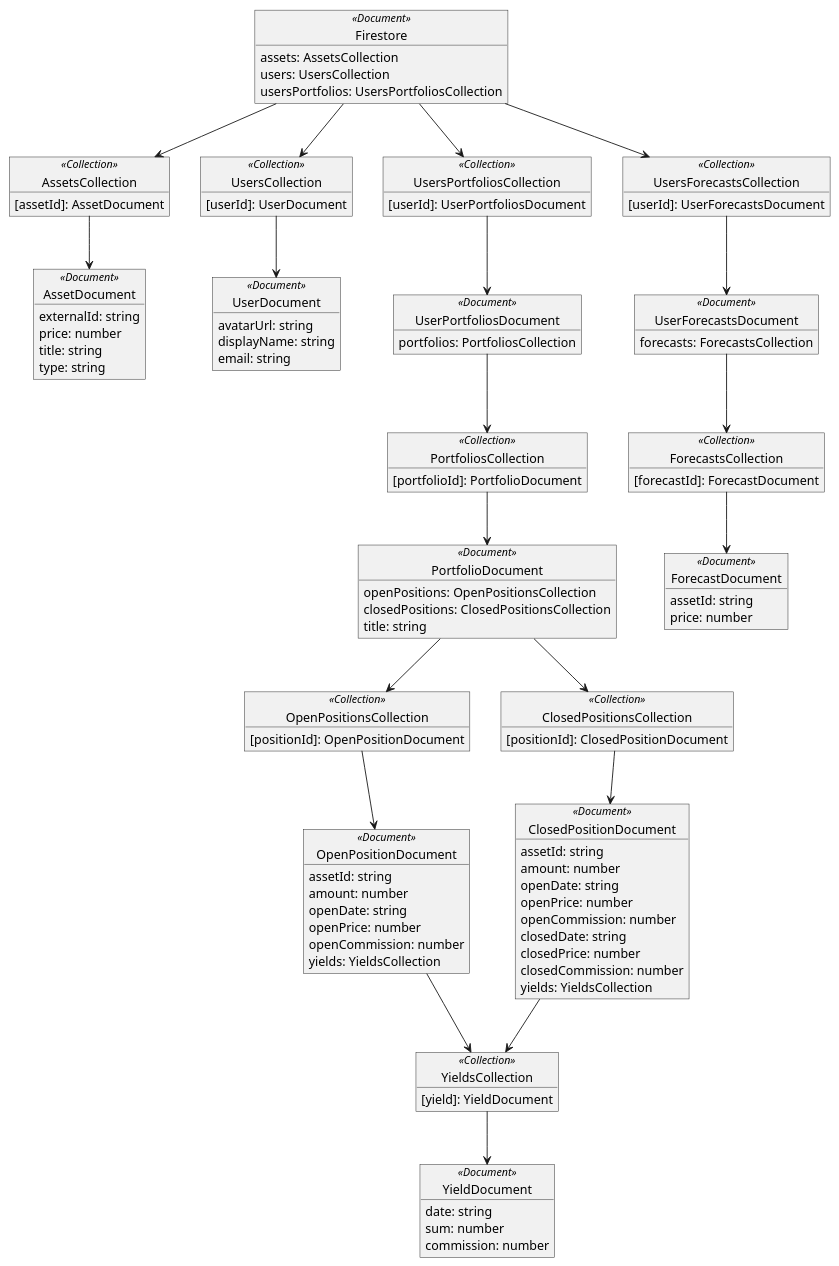
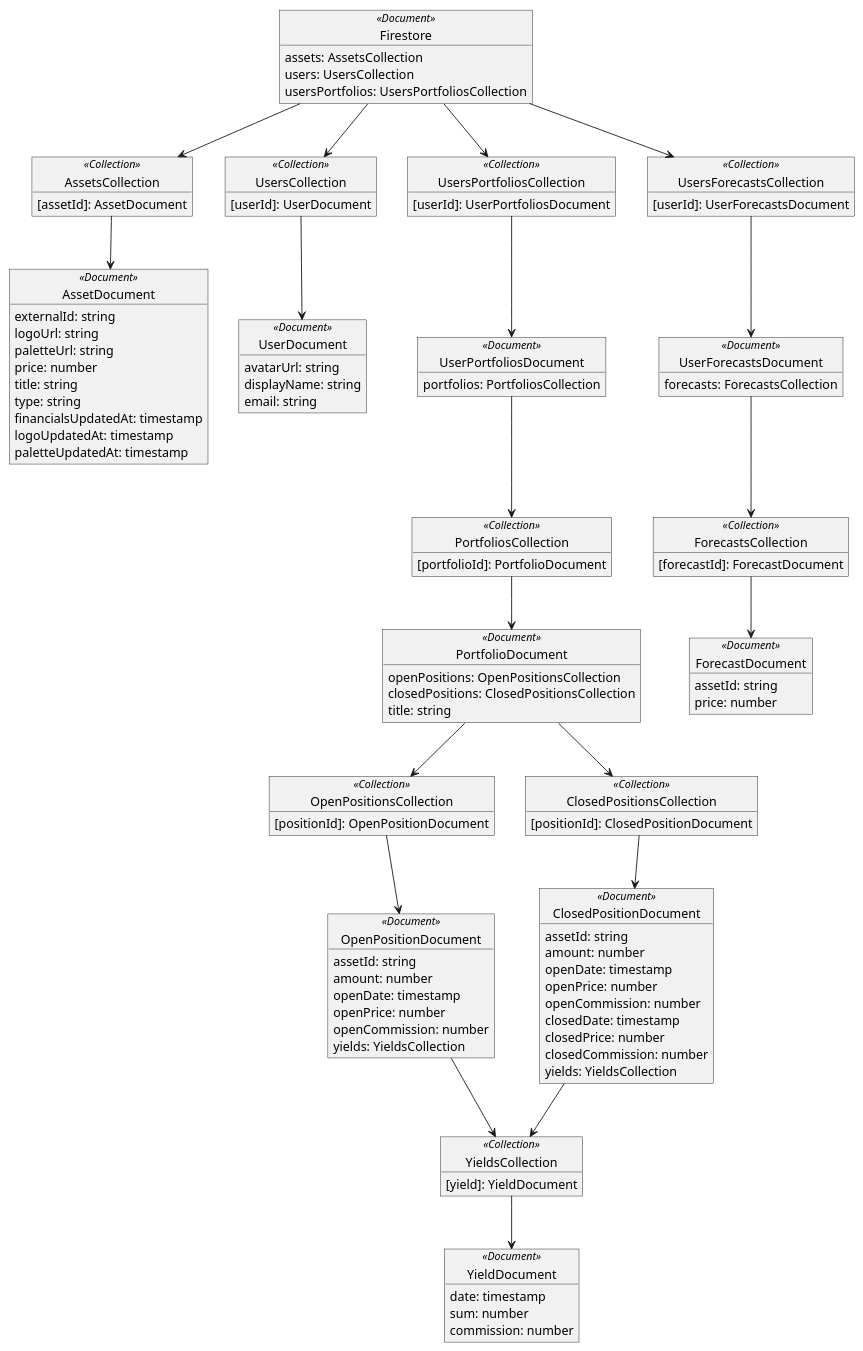
Before and after one commit to loginov-rocks/Portfolio: the diagram in docs/diagrams/Firestore.puml, drawn with PlantUML. The commit also changed 11 other files, not shown here.

Commit message:
Docs: update Update * Sequence

```diff
--- a/docs/diagrams/Firestore.puml
+++ b/docs/diagrams/Firestore.puml
@@ -1,127 +1,132 @@
 @startuml
 
 object Firestore <<Document>> {
     assets: AssetsCollection
     users: UsersCollection
     usersPortfolios: UsersPortfoliosCollection
 }
 
 object AssetsCollection <<Collection>> {
     [assetId]: AssetDocument
 }
 
 object AssetDocument <<Document>> {
     externalId: string
+    logoUrl: string
+    paletteUrl: string
     price: number
     title: string
     type: string
+    financialsUpdatedAt: timestamp
+    logoUpdatedAt: timestamp
+    paletteUpdatedAt: timestamp
 }
 
 object UsersCollection <<Collection>> {
     [userId]: UserDocument
 }
 
 object UserDocument <<Document>> {
     avatarUrl: string
     displayName: string
     email: string
 }
 
 object UsersPortfoliosCollection <<Collection>> {
     [userId]: UserPortfoliosDocument
 }
 
 object UserPortfoliosDocument <<Document>> {
     portfolios: PortfoliosCollection
 }
 
 object PortfoliosCollection <<Collection>> {
     [portfolioId]: PortfolioDocument
 }
 
 object PortfolioDocument <<Document>> {
     openPositions: OpenPositionsCollection
     closedPositions: ClosedPositionsCollection
     title: string
 }
 
 object OpenPositionsCollection <<Collection>> {
     [positionId]: OpenPositionDocument
 }
 
 object OpenPositionDocument <<Document>> {
     assetId: string
     amount: number
-    openDate: string
+    openDate: timestamp
     openPrice: number
     openCommission: number
     yields: YieldsCollection
 }
 
 object ClosedPositionsCollection <<Collection>> {
     [positionId]: ClosedPositionDocument
 }
 
 object ClosedPositionDocument <<Document>> {
     assetId: string
     amount: number
-    openDate: string
+    openDate: timestamp
     openPrice: number
     openCommission: number
-    closedDate: string
+    closedDate: timestamp
     closedPrice: number
     closedCommission: number
     yields: YieldsCollection
 }
 
 object YieldsCollection <<Collection>> {
     [yield]: YieldDocument
 }
 
 object YieldDocument <<Document>> {
-    date: string
+    date: timestamp
     sum: number
     commission: number
 }
 
 object UsersForecastsCollection <<Collection>> {
     [userId]: UserForecastsDocument
 }
 
 object UserForecastsDocument <<Document>> {
     forecasts: ForecastsCollection
 }
 
 object ForecastsCollection <<Collection>> {
     [forecastId]: ForecastDocument
 }
 
 object ForecastDocument <<Document>> {
     assetId: string
     price: number
 }
 
 Firestore --> AssetsCollection
 AssetsCollection --> AssetDocument
 
 Firestore --> UsersCollection
 UsersCollection --> UserDocument
 
 Firestore --> UsersPortfoliosCollection
 UsersPortfoliosCollection --> UserPortfoliosDocument
 UserPortfoliosDocument --> PortfoliosCollection
 PortfoliosCollection --> PortfolioDocument
 PortfolioDocument --> OpenPositionsCollection
 OpenPositionsCollection --> OpenPositionDocument
 PortfolioDocument --> ClosedPositionsCollection
 ClosedPositionsCollection --> ClosedPositionDocument
 OpenPositionDocument --> YieldsCollection
 ClosedPositionDocument --> YieldsCollection
 YieldsCollection --> YieldDocument
 
 Firestore --> UsersForecastsCollection
 UsersForecastsCollection --> UserForecastsDocument
 UserForecastsDocument --> ForecastsCollection
 ForecastsCollection --> ForecastDocument
 
 @enduml
```
